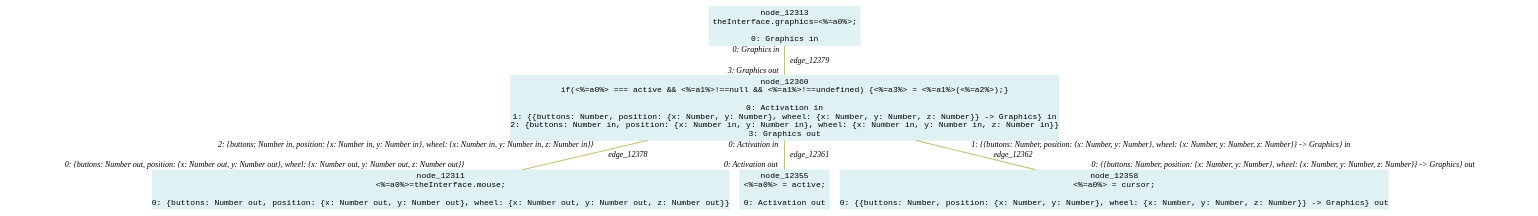
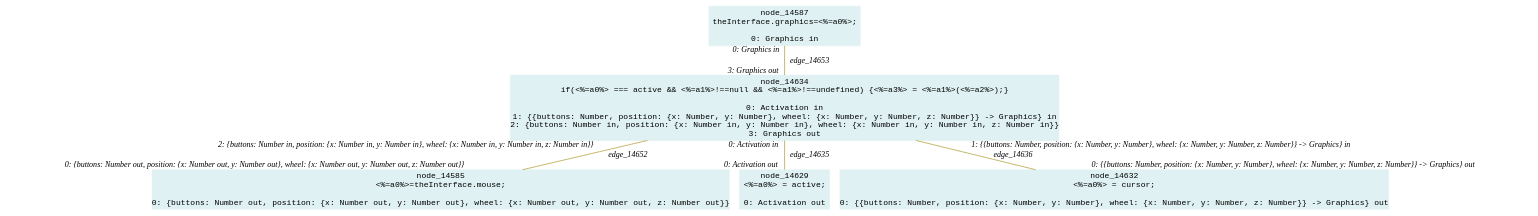
The diagram in lidl-core/example/ok/uiEmptyWithCursor/dot/39matchingCompositionReduction6.dot (crubier/lidl), drawn with Graphviz before and after one commit. The commit also changed 715 other files, not shown here.

```diff
--- a/lidl-core/example/ok/uiEmptyWithCursor/dot/39matchingCompositionReduction6.dot
+++ b/lidl-core/example/ok/uiEmptyWithCursor/dot/39matchingCompositionReduction6.dot
@@ -1,28 +1,28 @@
-digraph g{node_12311 [shape="box", style="filled", color="#dff1f2", fontname="Courier", label="node_12311
+digraph g{node_14585 [shape="box", style="filled", color="#dff1f2", fontname="Courier", label="node_14585
 <%=a0%>=theInterface.mouse;
 
 0: {buttons: Number out, position: {x: Number out, y: Number out}, wheel: {x: Number out, y: Number out, z: Number out}}" ]
-node_12313 [shape="box", style="filled", color="#dff1f2", fontname="Courier", label="node_12313
+node_14587 [shape="box", style="filled", color="#dff1f2", fontname="Courier", label="node_14587
 theInterface.graphics=<%=a0%>;
 
 0: Graphics in" ]
-node_12355 [shape="box", style="filled", color="#dff1f2", fontname="Courier", label="node_12355
+node_14629 [shape="box", style="filled", color="#dff1f2", fontname="Courier", label="node_14629
 <%=a0%> = active;
 
 0: Activation out" ]
-node_12358 [shape="box", style="filled", color="#dff1f2", fontname="Courier", label="node_12358
+node_14632 [shape="box", style="filled", color="#dff1f2", fontname="Courier", label="node_14632
 <%=a0%> = cursor;
 
 0: {{buttons: Number, position: {x: Number, y: Number}, wheel: {x: Number, y: Number, z: Number}} -> Graphics} out" ]
-node_12360 [shape="box", style="filled", color="#dff1f2", fontname="Courier", label="node_12360
+node_14634 [shape="box", style="filled", color="#dff1f2", fontname="Courier", label="node_14634
 if(<%=a0%> === active && <%=a1%>!==null && <%=a1%>!==undefined) {<%=a3%> = <%=a1%>(<%=a2%>);}
 
 0: Activation in
 1: {{buttons: Number, position: {x: Number, y: Number}, wheel: {x: Number, y: Number, z: Number}} -> Graphics} in
 2: {buttons: Number in, position: {x: Number in, y: Number in}, wheel: {x: Number in, y: Number in, z: Number in}}
 3: Graphics out" ]
-node_12360 -> node_12355 [dir=none, arrowHead=none, fontname="Times-Italic", arrowsize=1, color="#9d8400", label="edge_12361",  headlabel="0: Activation out", taillabel="0: Activation in" ]
-node_12360 -> node_12358 [dir=none, arrowHead=none, fontname="Times-Italic", arrowsize=1, color="#9d8400", label="edge_12362",  headlabel="0: {{buttons: Number, position: {x: Number, y: Number}, wheel: {x: Number, y: Number, z: Number}} -> Graphics} out", taillabel="1: {{buttons: Number, position: {x: Number, y: Number}, wheel: {x: Number, y: Number, z: Number}} -> Graphics} in" ]
-node_12360 -> node_12311 [dir=none, arrowHead=none, fontname="Times-Italic", arrowsize=1, color="#9d8400", label="edge_12378",  headlabel="0: {buttons: Number out, position: {x: Number out, y: Number out}, wheel: {x: Number out, y: Number out, z: Number out}}", taillabel="2: {buttons: Number in, position: {x: Number in, y: Number in}, wheel: {x: Number in, y: Number in, z: Number in}}" ]
-node_12313 -> node_12360 [dir=none, arrowHead=none, fontname="Times-Italic", arrowsize=1, color="#9d8400", label="edge_12379",  headlabel="3: Graphics out", taillabel="0: Graphics in" ]
+node_14634 -> node_14629 [dir=none, arrowHead=none, fontname="Times-Italic", arrowsize=1, color="#9d8400", label="edge_14635",  headlabel="0: Activation out", taillabel="0: Activation in" ]
+node_14634 -> node_14632 [dir=none, arrowHead=none, fontname="Times-Italic", arrowsize=1, color="#9d8400", label="edge_14636",  headlabel="0: {{buttons: Number, position: {x: Number, y: Number}, wheel: {x: Number, y: Number, z: Number}} -> Graphics} out", taillabel="1: {{buttons: Number, position: {x: Number, y: Number}, wheel: {x: Number, y: Number, z: Number}} -> Graphics} in" ]
+node_14634 -> node_14585 [dir=none, arrowHead=none, fontname="Times-Italic", arrowsize=1, color="#9d8400", label="edge_14652",  headlabel="0: {buttons: Number out, position: {x: Number out, y: Number out}, wheel: {x: Number out, y: Number out, z: Number out}}", taillabel="2: {buttons: Number in, position: {x: Number in, y: Number in}, wheel: {x: Number in, y: Number in, z: Number in}}" ]
+node_14587 -> node_14634 [dir=none, arrowHead=none, fontname="Times-Italic", arrowsize=1, color="#9d8400", label="edge_14653",  headlabel="3: Graphics out", taillabel="0: Graphics in" ]
 }
```
